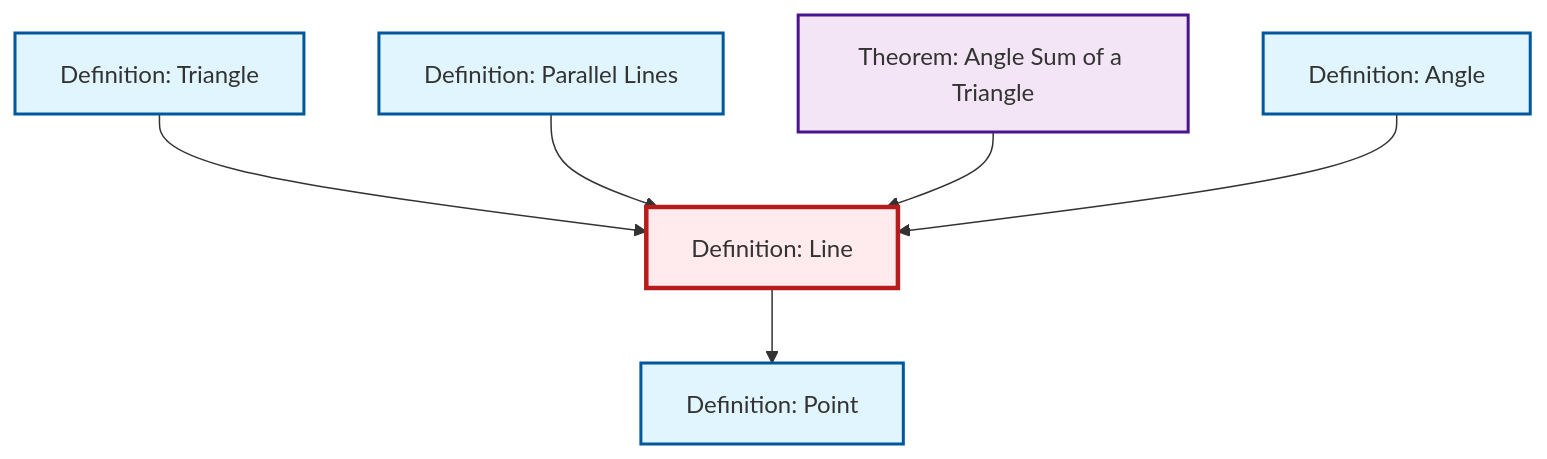
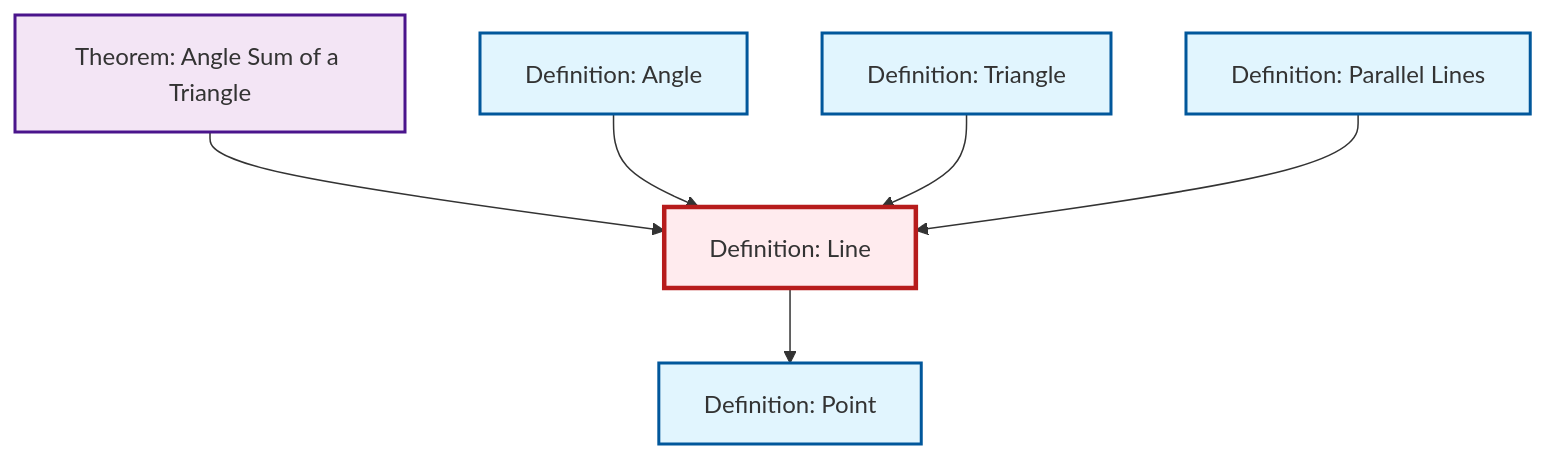
One commit to RK0429/ModernMath changed the diagram in content/ja/geometry/def-line.qmd. Above: the diagram before and after it, drawn with Mermaid. The commit also changed other lines of this file and 491 other files, not shown here.

````diff
--- a/content/ja/geometry/def-line.qmd
+++ b/content/ja/geometry/def-line.qmd
@@ -46,26 +46,26 @@
 ```{mermaid}
 %%| fig-cap: "Local dependency graph"
 graph TD
     classDef definition fill:#e1f5fe,stroke:#01579b,stroke-width:2px
     classDef theorem fill:#f3e5f5,stroke:#4a148c,stroke-width:2px
     classDef axiom fill:#fff3e0,stroke:#e65100,stroke-width:2px
     classDef example fill:#e8f5e9,stroke:#1b5e20,stroke-width:2px
     classDef current fill:#ffebee,stroke:#b71c1c,stroke-width:3px
+    def-parallel["Definition: Parallel Lines"]:::definition
+    def-point["Definition: Point"]:::definition
     def-line["Definition: Line"]:::definition
+    thm-angle-sum-triangle["Theorem: Angle Sum of a Triangle"]:::theorem
+    def-angle["Definition: Angle"]:::definition
     def-triangle["Definition: Triangle"]:::definition
-    thm-angle-sum-triangle["Theorem: Angle Sum of a Triangle"]:::theorem
-    def-parallel["Definition: Parallel Lines"]:::definition
-    def-angle["Definition: Angle"]:::definition
-    def-point["Definition: Point"]:::definition
+    thm-angle-sum-triangle --> def-line
     def-line --> def-point
+    def-angle --> def-line
     def-triangle --> def-line
     def-parallel --> def-line
-    thm-angle-sum-triangle --> def-line
-    def-angle --> def-line
     class def-line current
+    click def-parallel "def-parallel.html" "Definition: Parallel Linesへ"
+    click def-point "def-point.html" "Definition: Pointへ"
+    click thm-angle-sum-triangle "thm-angle-sum-triangle.html" "Theorem: Angle Sum of a Triangleへ"
+    click def-angle "def-angle.html" "Definition: Angleへ"
     click def-triangle "def-triangle.html" "Definition: Triangleへ"
-    click thm-angle-sum-triangle "thm-angle-sum-triangle.html" "Theorem: Angle Sum of a Triangleへ"
-    click def-parallel "def-parallel.html" "Definition: Parallel Linesへ"
-    click def-angle "def-angle.html" "Definition: Angleへ"
-    click def-point "def-point.html" "Definition: Pointへ"
 ```
````
